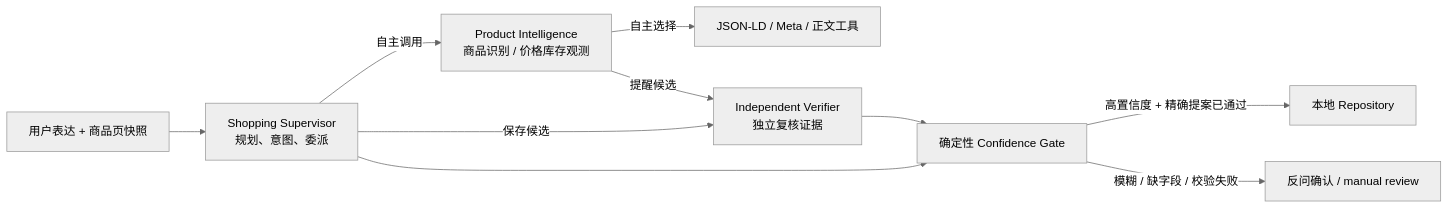
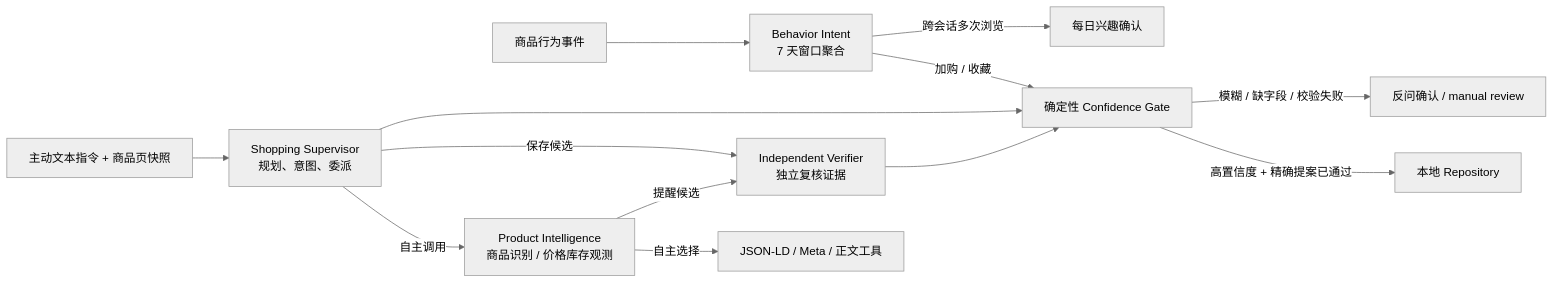
One commit to IrisYzh/Personal-Shopping-Assistant-OS changed the diagram in docs/multiagent-doubao.md. Above: the diagram before and after it, drawn with Mermaid (neutral theme). The commit also changed other lines of this file and 61 other files, not shown here.

````diff
--- a/docs/multiagent-doubao.md
+++ b/docs/multiagent-doubao.md
@@ -9,12 +9,15 @@
 ```mermaid
 flowchart LR
-    U["用户表达 + 商品页快照"] --> S["Shopping Supervisor<br/>规划、意图、委派"]
+    B["商品行为事件"] --> A["Behavior Intent<br/>7 天窗口聚合"]
+    A -->|加购 / 收藏| G["确定性 Confidence Gate"]
+    A -->|跨会话多次浏览| D["每日兴趣确认"]
+    U["主动文本指令 + 商品页快照"] --> S["Shopping Supervisor<br/>规划、意图、委派"]
     S -->|自主调用| P["Product Intelligence<br/>商品识别 / 价格库存观测"]
     P -->|自主选择| T["JSON-LD / Meta / 正文工具"]
     S -->|保存候选| V["Independent Verifier<br/>独立复核证据"]
     P -->|提醒候选| V
-    S --> G["确定性 Confidence Gate"]
+    S --> G
     V --> G
     G -->|高置信度 + 精确提案已通过| W["本地 Repository"]
     G -->|模糊 / 缺字段 / 校验失败| C["反问确认 / manual review"]
 ```
````
